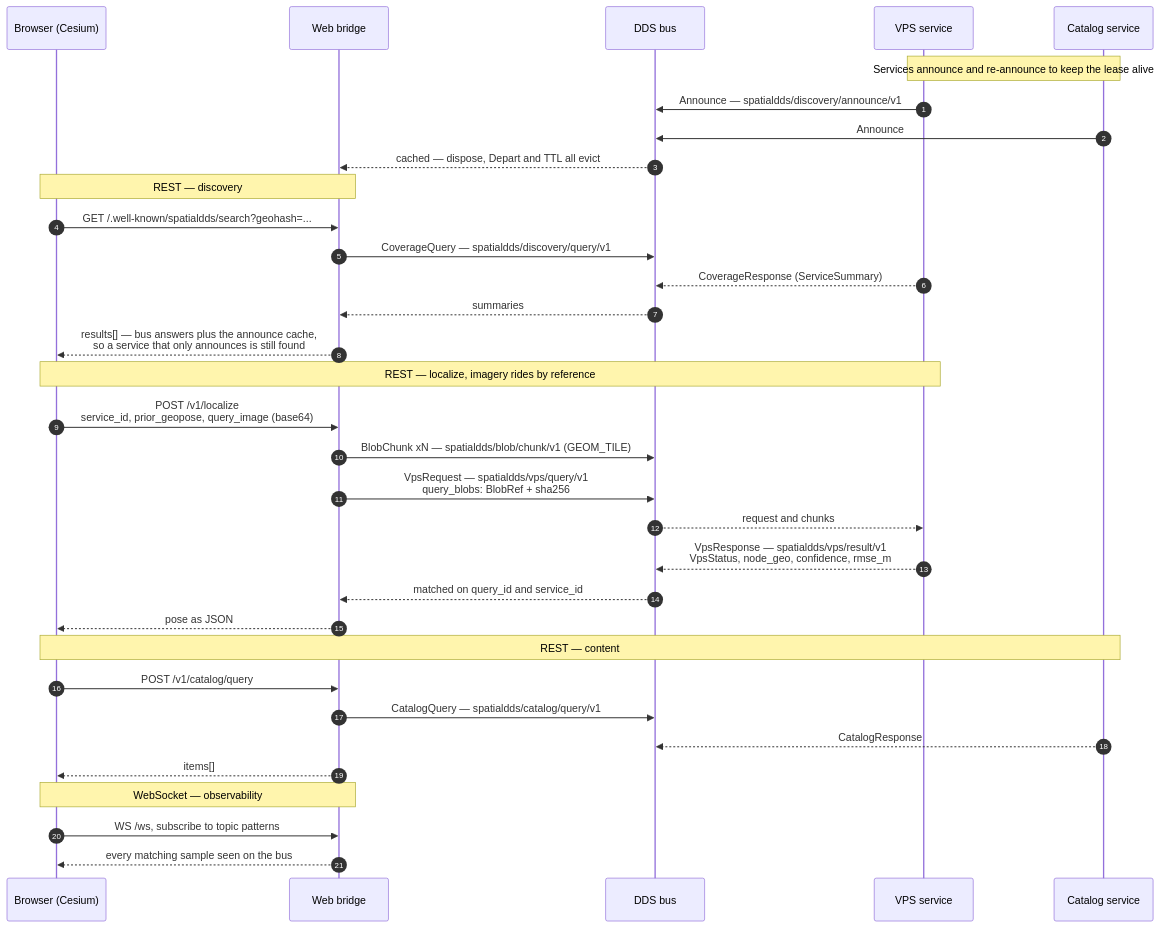
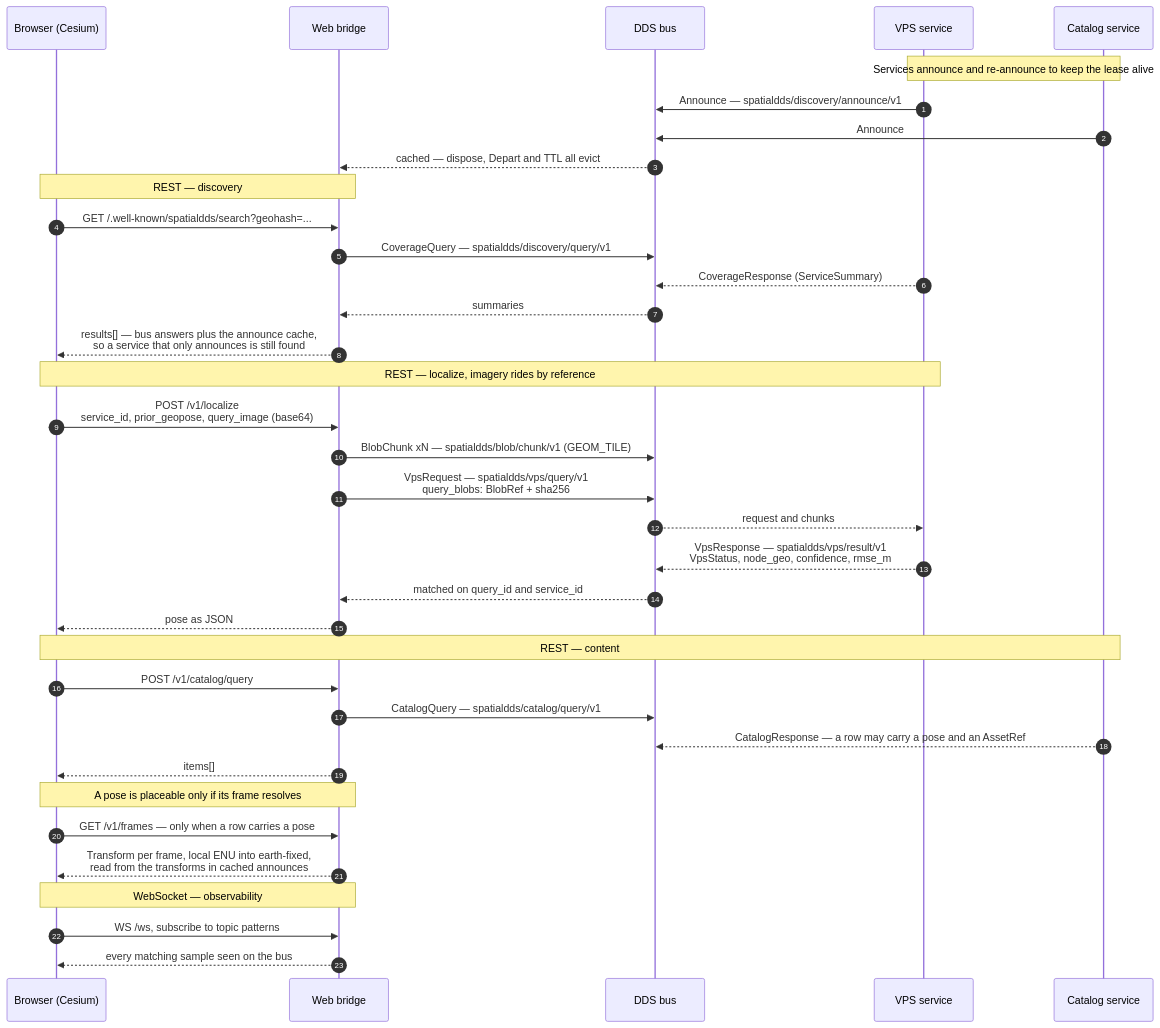
Before and after one commit to OpenArCloud/SpatialDDS-demo: the first of 2 diagrams in ar_demo/README.md, drawn with Mermaid. The commit also changed other lines of this file and 1 other file, not shown here.

First line of the commit message:
AR demo README: document /v1/frames, refresh the screenshot

````diff
--- a/ar_demo/README.md
+++ b/ar_demo/README.md
@@ -23,40 +23,43 @@
 ```mermaid
 sequenceDiagram
     autonumber
     participant UI as Browser (Cesium)
     participant Bridge as Web bridge
     participant Bus as DDS bus
     participant VPS as VPS service
     participant Cat as Catalog service
 
     Note over VPS,Cat: Services announce and re-announce to keep the lease alive
     VPS->>Bus: Announce — spatialdds/discovery/announce/v1
     Cat->>Bus: Announce
     Bus-->>Bridge: cached — dispose, Depart and TTL all evict
 
     Note over UI,Bridge: REST — discovery
     UI->>Bridge: GET /.well-known/spatialdds/search?geohash=...
     Bridge->>Bus: CoverageQuery — spatialdds/discovery/query/v1
     VPS-->>Bus: CoverageResponse (ServiceSummary)
     Bus-->>Bridge: summaries
     Bridge-->>UI: results[] — bus answers plus the announce cache,<br/>so a service that only announces is still found
 
     Note over UI,VPS: REST — localize, imagery rides by reference
     UI->>Bridge: POST /v1/localize<br/>service_id, prior_geopose, query_image (base64)
     Bridge->>Bus: BlobChunk xN — spatialdds/blob/chunk/v1 (GEOM_TILE)
     Bridge->>Bus: VpsRequest — spatialdds/vps/query/v1<br/>query_blobs: BlobRef + sha256
     Bus-->>VPS: request and chunks
     VPS-->>Bus: VpsResponse — spatialdds/vps/result/v1<br/>VpsStatus, node_geo, confidence, rmse_m
     Bus-->>Bridge: matched on query_id and service_id
     Bridge-->>UI: pose as JSON
 
     Note over UI,Cat: REST — content
     UI->>Bridge: POST /v1/catalog/query
     Bridge->>Bus: CatalogQuery — spatialdds/catalog/query/v1
-    Cat-->>Bus: CatalogResponse
+    Cat-->>Bus: CatalogResponse — a row may carry a pose and an AssetRef
     Bridge-->>UI: items[]
+    Note over UI,Bridge: A pose is placeable only if its frame resolves
+    UI->>Bridge: GET /v1/frames — only when a row carries a pose
+    Bridge-->>UI: Transform per frame, local ENU into earth-fixed,<br/>read from the transforms in cached announces
 
     Note over UI,Bridge: WebSocket — observability
     UI->>Bridge: WS /ws, subscribe to topic patterns
     Bridge-->>UI: every matching sample seen on the bus
 ```
````
